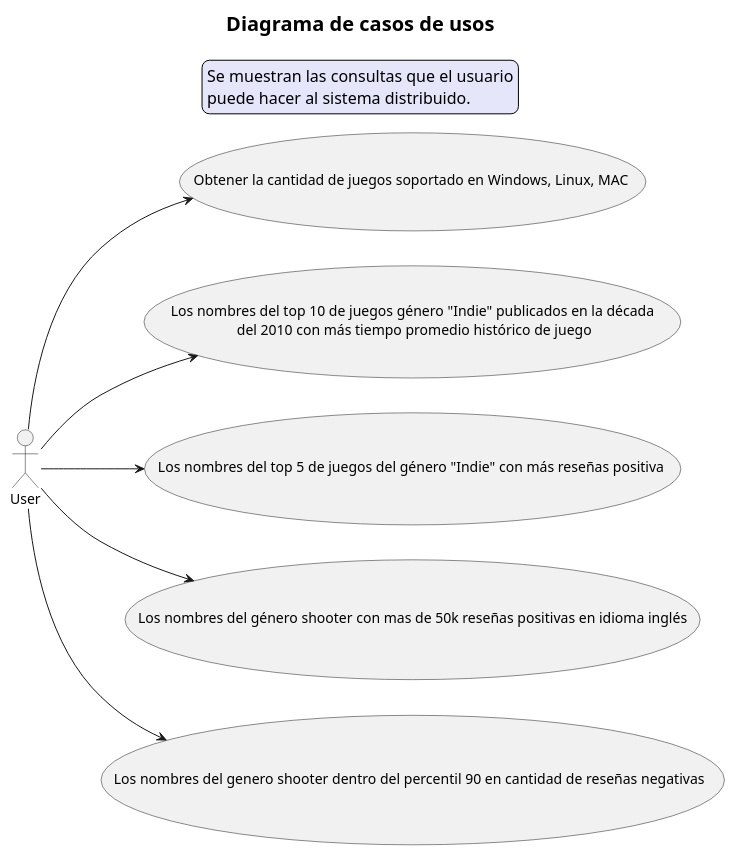
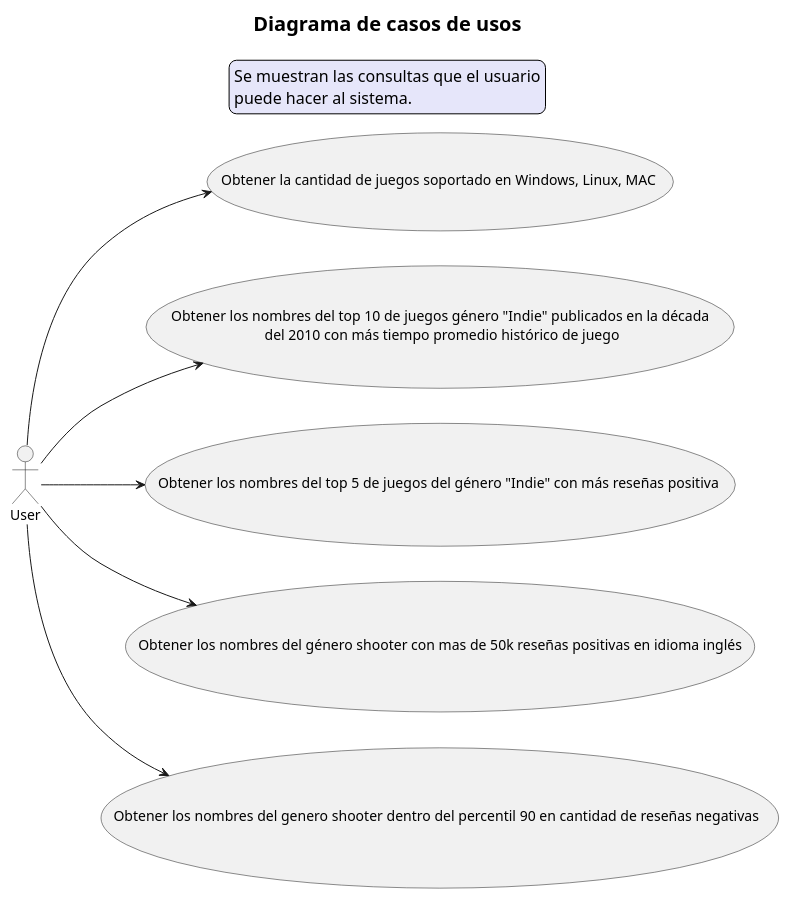
The diagram in diagrams/4+1View/useCases.puml (AbrahamOsco/TP1-Distribuidos), drawn with PlantUML before and after one commit. The commit also changed 3 other files, not shown here.

```diff
--- a/diagrams/4+1View/useCases.puml
+++ b/diagrams/4+1View/useCases.puml
@@ -1,27 +1,27 @@
 @startuml
 title: "Diagrama de casos de usos"
 skinparam titleFontSize 20
 skinparam LegendBackgroundColor #E6E6FA
 skinparam LegendFontSize 16
 
 legend top
     Se muestran las consultas que el usuario
-    puede hacer al sistema distribuido.
+    puede hacer al sistema.
 end legend
 
 left to right direction
 actor User
 
 usecase "Obtener la cantidad de juegos soportado en Windows, Linux, MAC " as UC1
-usecase "Los nombres del top 10 de juegos género "Indie" publicados en la década\n del 2010 con más tiempo promedio histórico de juego" as UC2
-usecase "Los nombres del top 5 de juegos del género "Indie" con más reseñas positiva " as UC3
-usecase "Los nombres del género shooter con mas de 50k reseñas positivas en idioma inglés" as UC4
-usecase "Los nombres del genero shooter dentro del percentil 90 en cantidad de reseñas negativas  " as UC5
+usecase "Obtener los nombres del top 10 de juegos género "Indie" publicados en la década\n del 2010 con más tiempo promedio histórico de juego" as UC2
+usecase "Obtener los nombres del top 5 de juegos del género "Indie" con más reseñas positiva " as UC3
+usecase "Obtener los nombres del género shooter con mas de 50k reseñas positivas en idioma inglés" as UC4
+usecase "Obtener los nombres del genero shooter dentro del percentil 90 en cantidad de reseñas negativas  " as UC5
 
 User --> UC1
 User --> UC2
 User --> UC3
 User --> UC4
 User --> UC5
 
 @enduml
```
